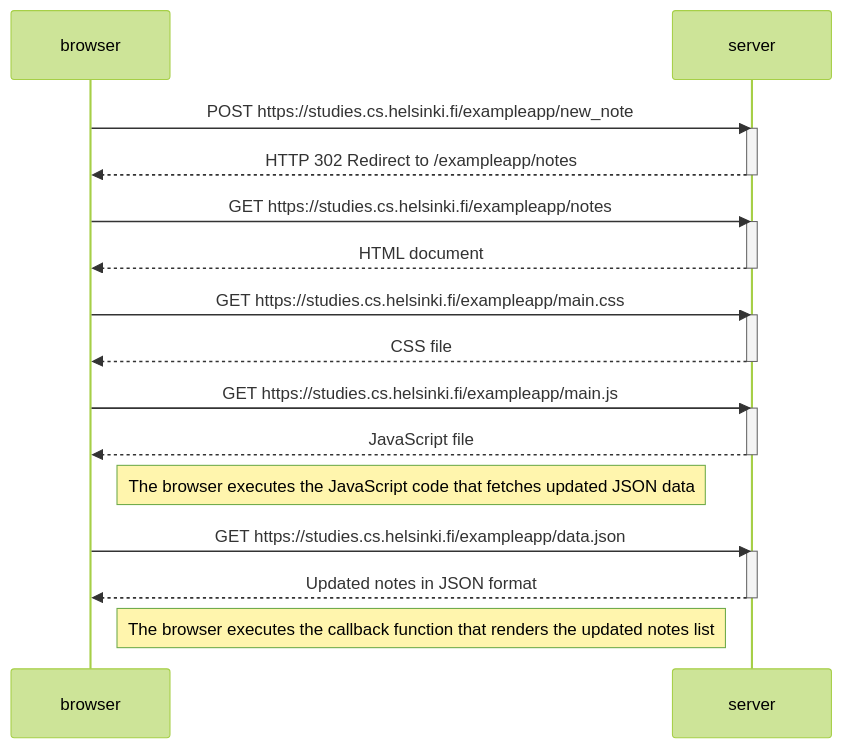
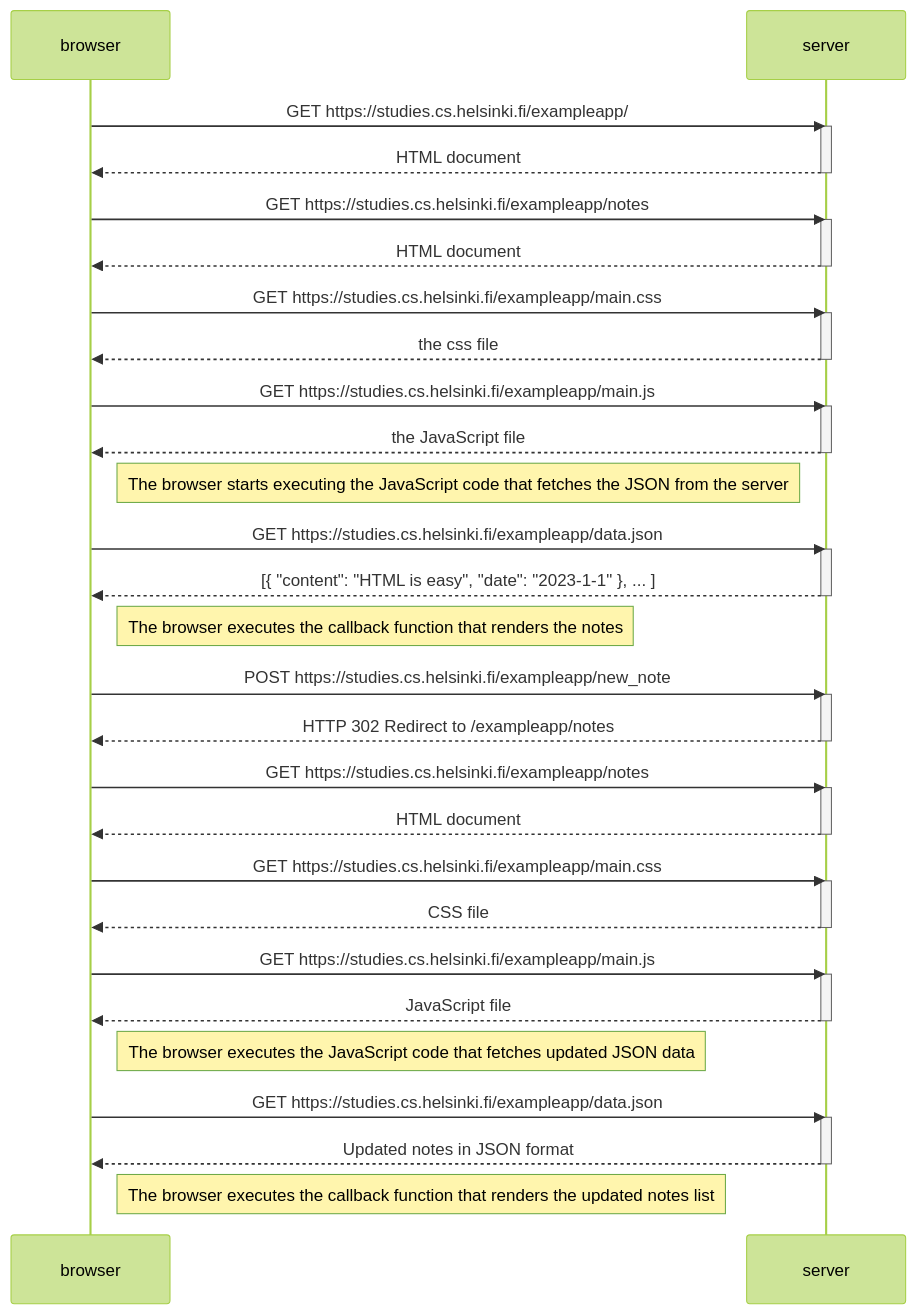
One commit to mostlycuriouss/fullstackopen changed the diagram in part0/0.4NewNoteDiagram.md. Above: the diagram before and after it, drawn with Mermaid (forest theme).

Commit message:
Started from the very beginning of the page

````diff
--- a/part0/0.4NewNoteDiagram.md
+++ b/part0/0.4NewNoteDiagram.md
@@ -1,34 +1,64 @@
 ```mermaid
 sequenceDiagram
     participant browser
     participant server
+
+    browser->>server: GET https://studies.cs.helsinki.fi/exampleapp/
+    activate server
+    server-->>browser: HTML document
+    deactivate server
+
+
+    browser->>server: GET https://studies.cs.helsinki.fi/exampleapp/notes
+    activate server
+    server-->>browser: HTML document
+    deactivate server
+
+    browser->>server: GET https://studies.cs.helsinki.fi/exampleapp/main.css
+    activate server
+    server-->>browser: the css file
+    deactivate server
+
+    browser->>server: GET https://studies.cs.helsinki.fi/exampleapp/main.js
+    activate server
+    server-->>browser: the JavaScript file
+    deactivate server
+
+    Note right of browser: The browser starts executing the JavaScript code that fetches the JSON from the server
+
+    browser->>server: GET https://studies.cs.helsinki.fi/exampleapp/data.json
+    activate server
+    server-->>browser: [{ "content": "HTML is easy", "date": "2023-1-1" }, ... ]
+    deactivate server
+
+    Note right of browser: The browser executes the callback function that renders the notes
 
     browser->>server: POST https://studies.cs.helsinki.fi/exampleapp/new_note
     activate server
     server-->>browser: HTTP 302 Redirect to /exampleapp/notes
     deactivate server
 
     browser->>server: GET https://studies.cs.helsinki.fi/exampleapp/notes
     activate server
     server-->>browser: HTML document
     deactivate server
 
     browser->>server: GET https://studies.cs.helsinki.fi/exampleapp/main.css
     activate server
     server-->>browser: CSS file
     deactivate server
 
     browser->>server: GET https://studies.cs.helsinki.fi/exampleapp/main.js
     activate server
     server-->>browser: JavaScript file
     deactivate server
 
     Note right of browser: The browser executes the JavaScript code that fetches updated JSON data
 
     browser->>server: GET https://studies.cs.helsinki.fi/exampleapp/data.json
     activate server
     server-->>browser: Updated notes in JSON format
     deactivate server
 
     Note right of browser: The browser executes the callback function that renders the updated notes list
 ```
````
